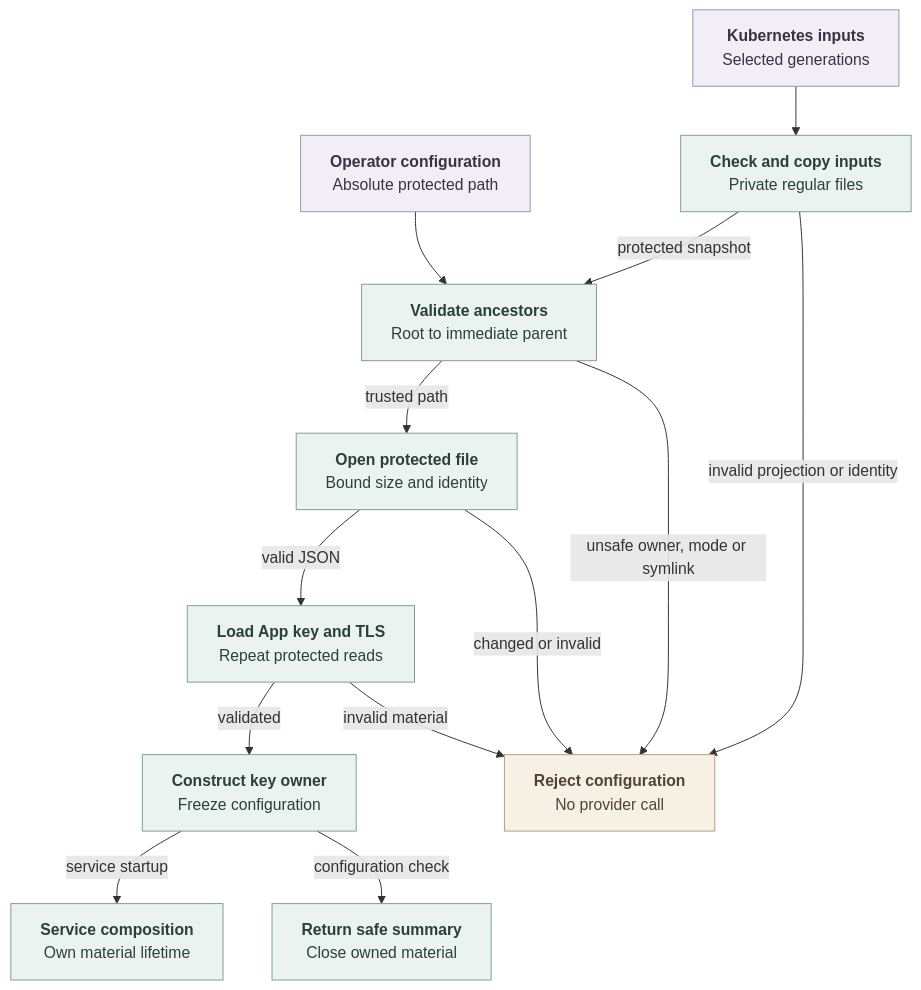
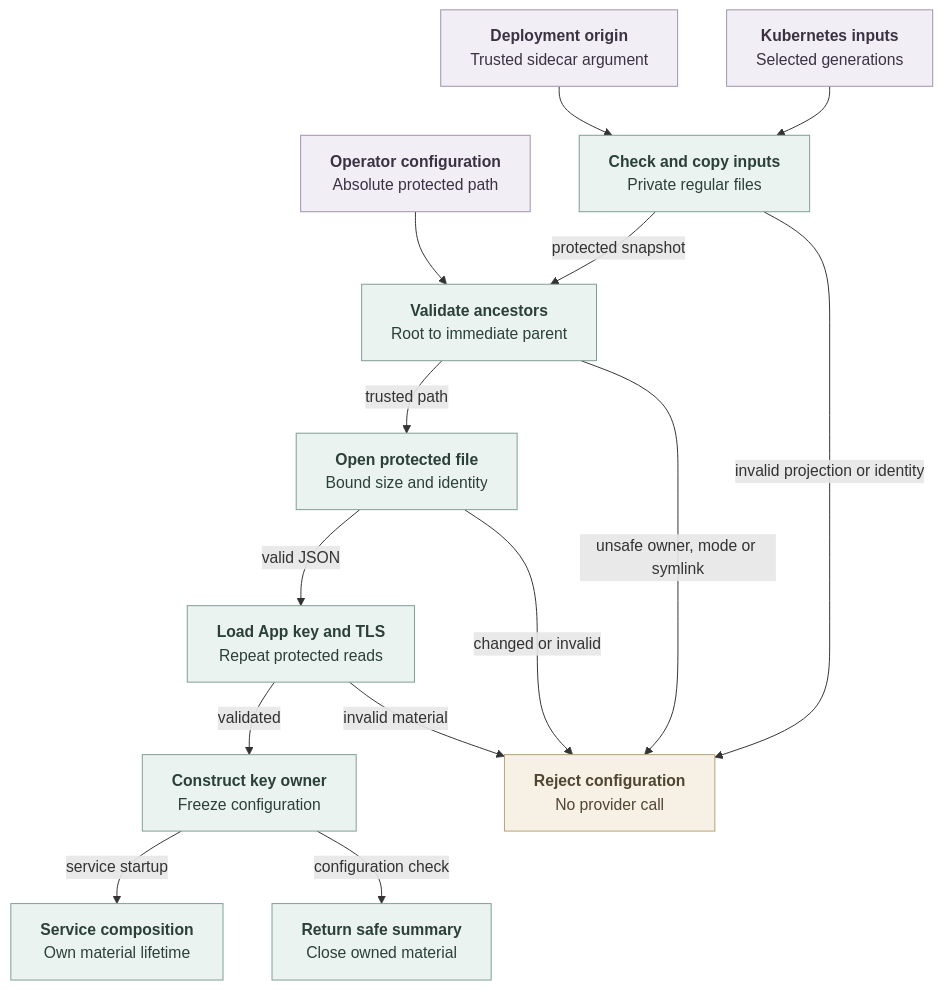
One commit to IsaiahStapleton/openclaw-enterprise changed the diagram in docs/flows/repository-credential-configuration.md. Above: the diagram before and after it, drawn with Mermaid. The commit also changed other lines of this file and 35 other files, not shown here.

````diff
--- a/docs/flows/repository-credential-configuration.md
+++ b/docs/flows/repository-credential-configuration.md
@@ -27,21 +30,22 @@
 ```mermaid
 graph TD
   Input["<b>Operator configuration</b><br/>Absolute protected path"] --> Ancestors["<b>Validate ancestors</b><br/>Root to immediate parent"]
   Projection["<b>Kubernetes inputs</b><br/>Selected generations"] --> Snapshot["<b>Check and copy inputs</b><br/>Private regular files"]
+  Expected["<b>Deployment origin</b><br/>Trusted sidecar argument"] --> Snapshot
   Snapshot -->|invalid projection or identity| Reject
   Snapshot -->|protected snapshot| Ancestors
   Ancestors -->|unsafe owner, mode or symlink| Reject["<b>Reject configuration</b><br/>No provider call"]
   Ancestors -->|trusted path| File["<b>Open protected file</b><br/>Bound size and identity"]
   File -->|changed or invalid| Reject
   File -->|valid JSON| Material["<b>Load App key and TLS</b><br/>Repeat protected reads"]
   Material -->|invalid material| Reject
   Material -->|validated| Owner["<b>Construct key owner</b><br/>Freeze configuration"]
   Owner -->|configuration check| Summary["<b>Return safe summary</b><br/>Close owned material"]
   Owner -->|service startup| Service["<b>Service composition</b><br/>Own material lifetime"]
   classDef input fill:#F1EEF5,stroke:#A091AD,color:#3A3243,stroke-width:1px
   classDef operation fill:#EBF3F0,stroke:#7F9D93,color:#2B4038,stroke-width:1px
   classDef blocked fill:#F7F1E5,stroke:#B3A078,color:#514532,stroke-width:1px
-  class Input,Projection input
+  class Input,Projection,Expected input
   class Snapshot,Ancestors,File,Material,Owner,Summary,Service operation
   class Reject blocked
 ```
````
